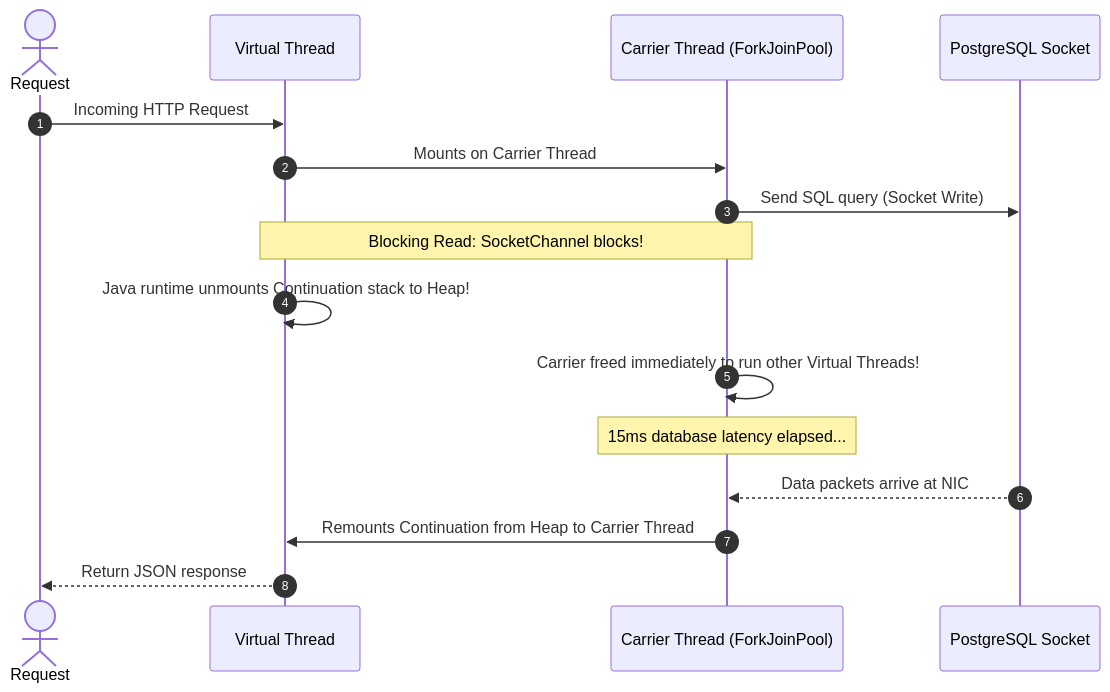
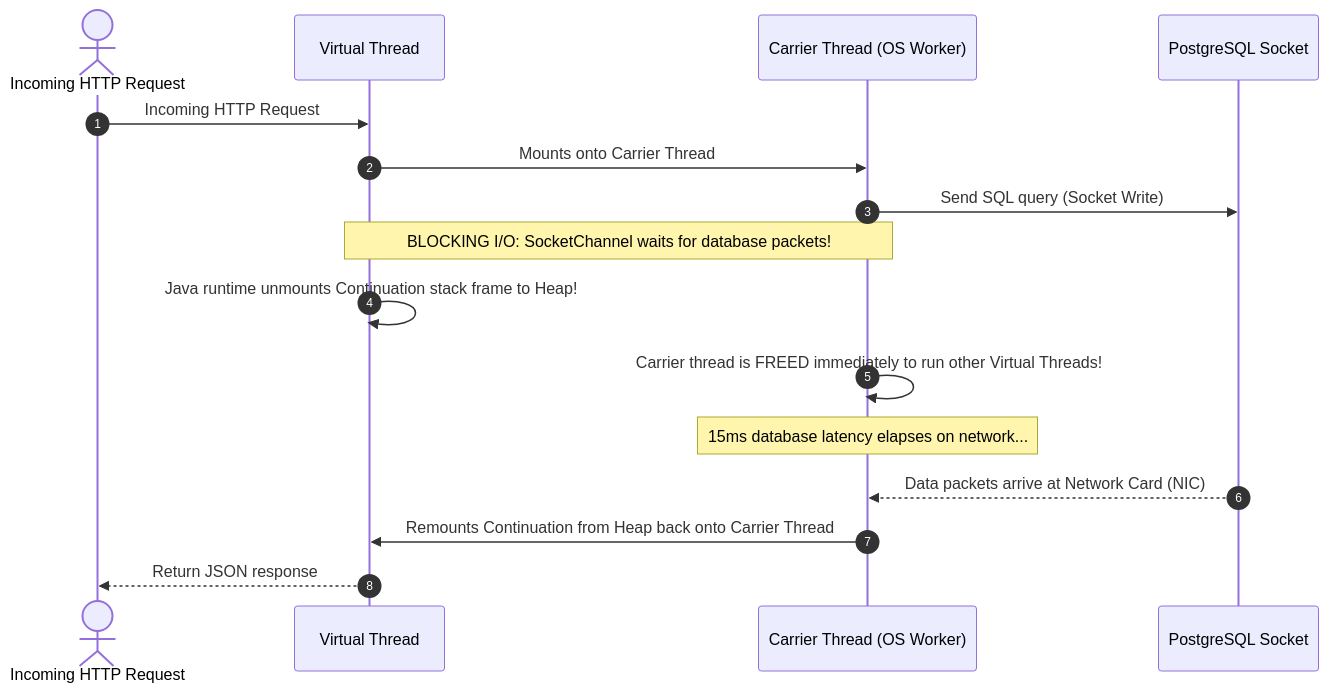
The sixth of 8 diagrams in docs/java/concurrency-jvm.mdx (weaponxwolf/backend-engineering-mastry), drawn with Mermaid before and after one commit. The commit also changed other lines of this file and 14 other files, not shown here.

Commit message:
docs: refactor and expand JPA and Hibernate architecture guide with physical memory and performance insights

````diff
--- a/docs/java/concurrency-jvm.mdx
+++ b/docs/java/concurrency-jvm.mdx
@@ -188,19 +261,19 @@
 ```mermaid
 sequenceDiagram
     autonumber
-    actor Request
+    actor Client as Incoming HTTP Request
     participant VT as Virtual Thread
-    participant Carrier as Carrier Thread (ForkJoinPool)
+    participant Carrier as Carrier Thread (OS Worker)
     participant DB as PostgreSQL Socket
 
-    Request->>VT: Incoming HTTP Request
-    VT->>Carrier: Mounts on Carrier Thread
+    Client->>VT: Incoming HTTP Request
+    VT->>Carrier: Mounts onto Carrier Thread
     Carrier->>DB: Send SQL query (Socket Write)
-    Note over Carrier,VT: Blocking Read: SocketChannel blocks!
-    VT->>VT: Java runtime unmounts Continuation stack to Heap!
-    Carrier->>Carrier: Carrier freed immediately to run other Virtual Threads!
-    Note over Carrier: 15ms database latency elapsed...
-    DB-->>Carrier: Data packets arrive at NIC
-    Carrier->>VT: Remounts Continuation from Heap to Carrier Thread
-    VT-->>Request: Return JSON response
+    Note over Carrier,VT: BLOCKING I/O: SocketChannel waits for database packets!
+    VT->>VT: Java runtime unmounts Continuation stack frame to Heap!
+    Carrier->>Carrier: Carrier thread is FREED immediately to run other Virtual Threads!
+    Note over Carrier: 15ms database latency elapses on network...
+    DB-->>Carrier: Data packets arrive at Network Card (NIC)
+    Carrier->>VT: Remounts Continuation from Heap back onto Carrier Thread
+    VT-->>Client: Return JSON response
 ```
````
